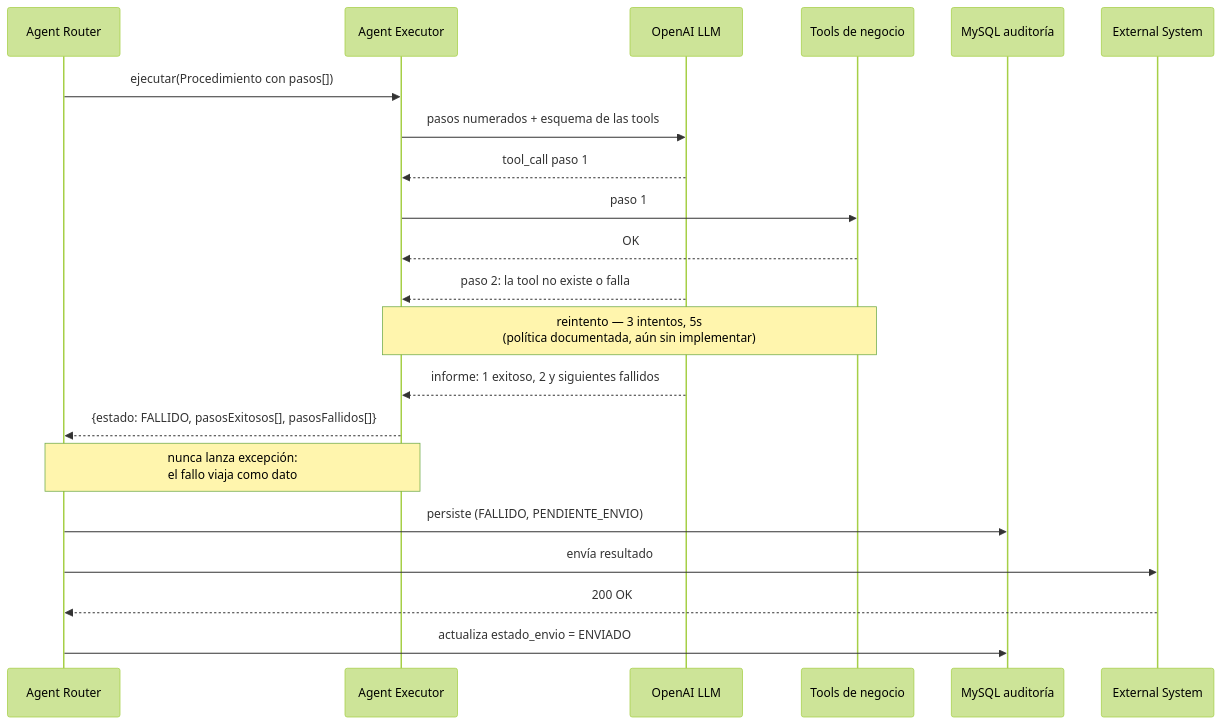
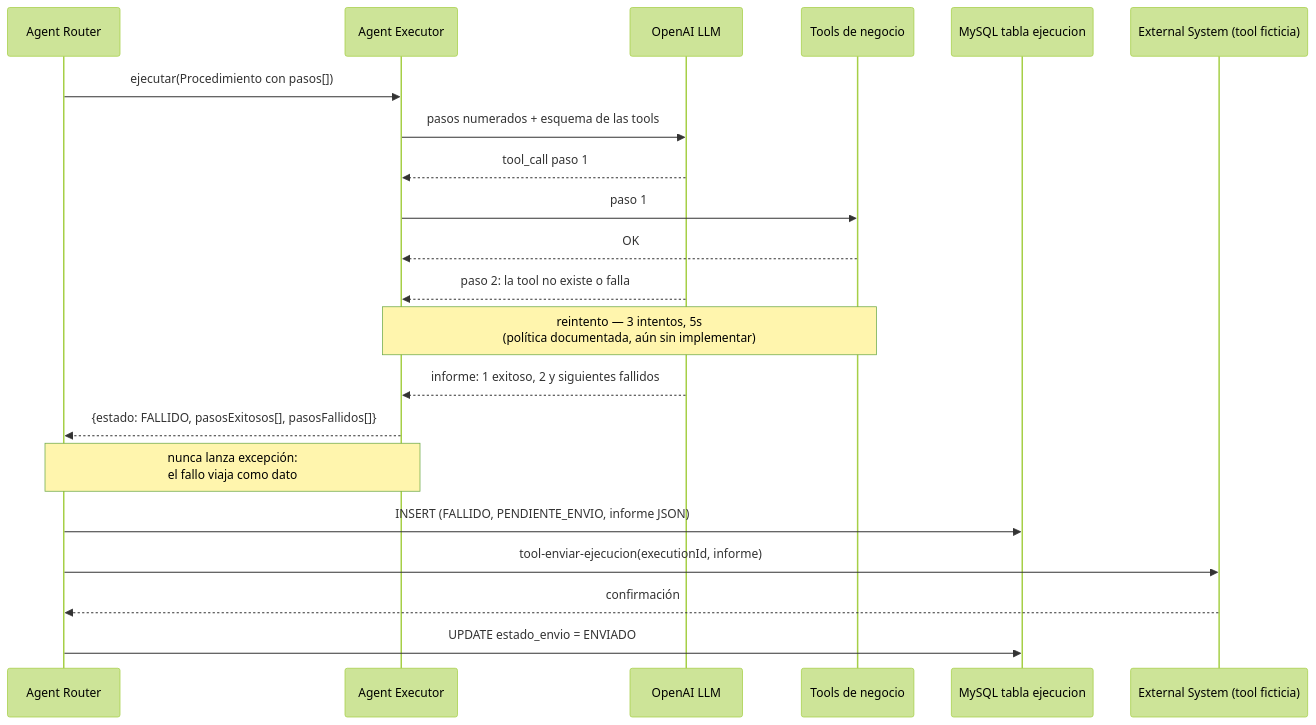
Before and after one commit to xxce10xx/agents-spring: diagram 14 of 16 in README.md, drawn with Mermaid (forest theme). The commit also changed other lines of this file and 12 other files, not shown here.

Commit message:
Audit logging was added and data was sent to an external system using a tool.

````diff
--- a/README.md
+++ b/README.md
@@ -1329,24 +1519,24 @@
 ```mermaid
 sequenceDiagram
     participant R as Agent Router
     participant E as Agent Executor
     participant L as OpenAI LLM
     participant T as Tools de negocio
-    participant A as MySQL auditoría
-    participant X as External System
+    participant A as MySQL tabla ejecucion
+    participant X as External System (tool ficticia)
 
     R->>E: ejecutar(Procedimiento con pasos[])
     E->>L: pasos numerados + esquema de las tools
     L-->>E: tool_call paso 1
     E->>T: paso 1
     T-->>E: OK
     L-->>E: paso 2: la tool no existe o falla
     Note over E,T: reintento — 3 intentos, 5s<br/>(política documentada, aún sin implementar)
     L-->>E: informe: 1 exitoso, 2 y siguientes fallidos
     E-->>R: {estado: FALLIDO, pasosExitosos[], pasosFallidos[]}
     Note over E,R: nunca lanza excepción:<br/>el fallo viaja como dato
-    R->>A: persiste (FALLIDO, PENDIENTE_ENVIO)
-    R->>X: envía resultado
-    X-->>R: 200 OK
-    R->>A: actualiza estado_envio = ENVIADO
+    R->>A: INSERT (FALLIDO, PENDIENTE_ENVIO, informe JSON)
+    R->>X: tool-enviar-ejecucion(executionId, informe)
+    X-->>R: confirmación
+    R->>A: UPDATE estado_envio = ENVIADO
 ```
````
